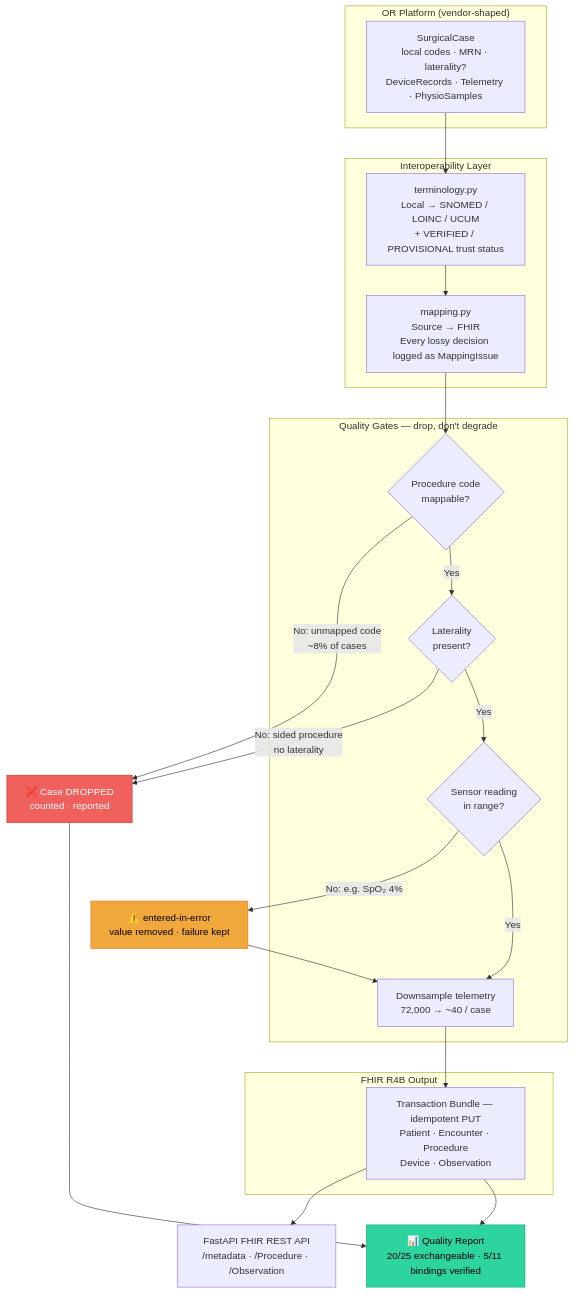
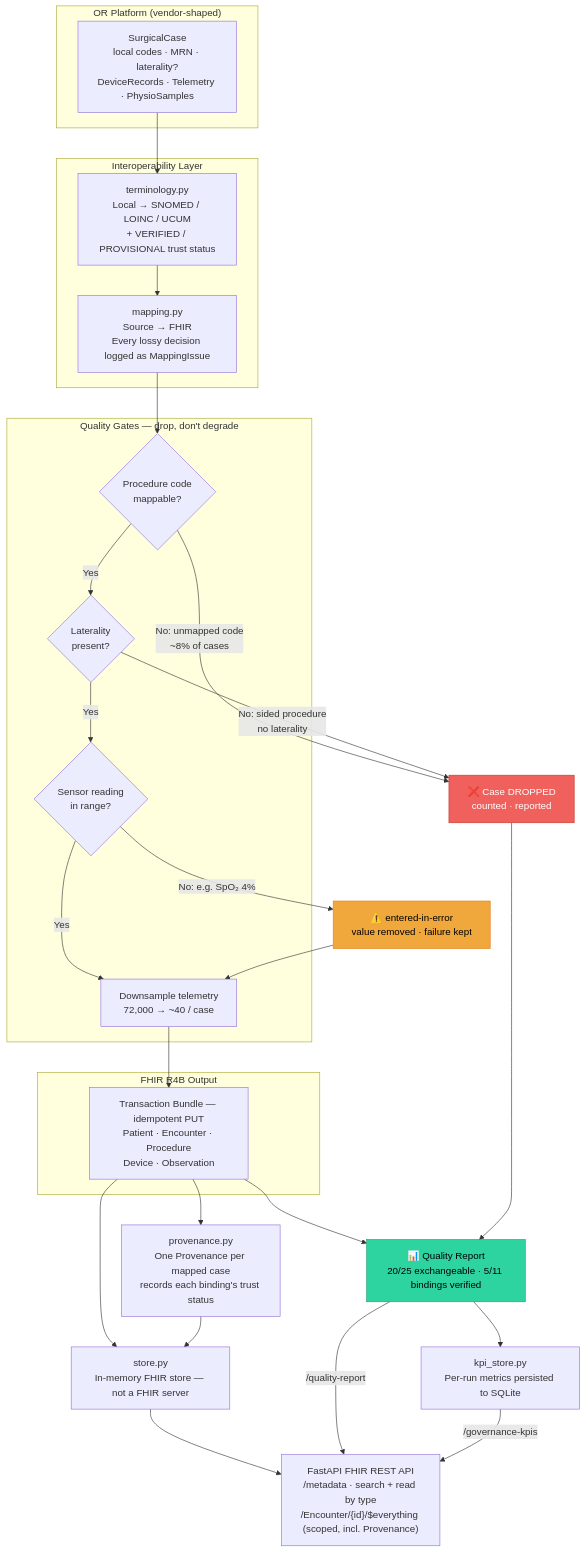
The diagram in README.md (smahanti8/surgical-fhir-pipeline), drawn with Mermaid before and after one commit.

Commit message:
docs: add the store, Provenance and KPI ledger to the README diagram
The mermaid flow stopped before three components that exist and are wired
in api.py: the in-memory store, the per-case Provenance resource, and the
per-run KPI ledger. Route the bundle through the store, add provenance.py
and kpi_store.py, and label the quality-report and governance-kpis
endpoints. The $everything endpoint is described as scoped, matching its
own docstring. Rendered with mermaid to confirm it parses.

````diff
--- a/README.md
+++ b/README.md
@@ -33,44 +33,50 @@
 ```mermaid
 flowchart TD
     subgraph SRC["OR Platform (vendor-shaped)"]
         A["SurgicalCase\nlocal codes · MRN · laterality?\nDeviceRecords · Telemetry · PhysioSamples"]
     end
 
     A --> TERM
 
     subgraph INTEROP["Interoperability Layer"]
         TERM["terminology.py\nLocal → SNOMED / LOINC / UCUM\n+ VERIFIED / PROVISIONAL trust status"]
         MAP["mapping.py\nSource → FHIR\nEvery lossy decision logged as MappingIssue"]
         TERM --> MAP
     end
 
     MAP --> G1
 
     subgraph GATES["Quality Gates — drop, don't degrade"]
         G1{Procedure code\nmappable?}
         G2{Laterality\npresent?}
         G3{Sensor reading\nin range?}
         G4["Downsample telemetry\n72,000 → ~40 / case"]
     end
 
     G1 -- "No: unmapped code\n~8% of cases" --> DROP["❌ Case DROPPED\ncounted · reported"]
     G1 -- Yes --> G2
     G2 -- "No: sided procedure\nno laterality" --> DROP
     G2 -- Yes --> G3
     G3 -- "No: e.g. SpO₂ 4%" --> ERR["⚠️ entered-in-error\nvalue removed · failure kept"]
     G3 -- Yes --> G4
     ERR --> G4
     G4 --> BUNDLE
 
     subgraph OUT["FHIR R4B Output"]
         BUNDLE["Transaction Bundle — idempotent PUT\nPatient · Encounter · Procedure\nDevice · Observation"]
     end
 
-    BUNDLE --> API["FastAPI FHIR REST API\n/metadata · /Procedure · /Observation"]
+    BUNDLE --> STORE["store.py\nIn-memory FHIR store — not a FHIR server"]
+    BUNDLE --> PROV["provenance.py\nOne Provenance per mapped case\nrecords each binding's trust status"]
+    PROV --> STORE
+    STORE --> API["FastAPI FHIR REST API\n/metadata · search + read by type\n/Encounter/{id}/$everything (scoped, incl. Provenance)"]
     BUNDLE --> QR["📊 Quality Report\n20/25 exchangeable · 5/11 bindings verified"]
     DROP --> QR
+    QR -- "/quality-report" --> API
+    QR --> KPI["kpi_store.py\nPer-run metrics persisted to SQLite"]
+    KPI -- "/governance-kpis" --> API
 
     style DROP fill:#f0605d,color:#fff,stroke:#c0392b
     style ERR fill:#f0a83c,color:#000,stroke:#e67e22
     style QR fill:#2dd4a0,color:#000,stroke:#1a9e76
 ```
````
